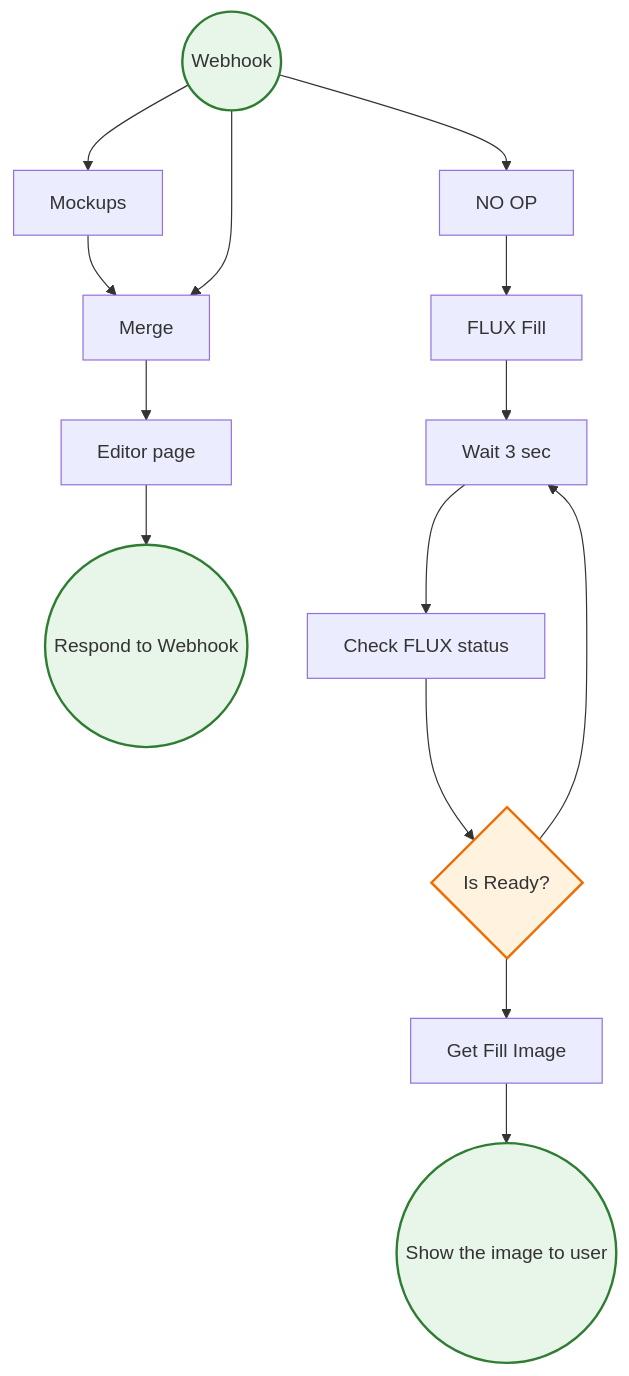
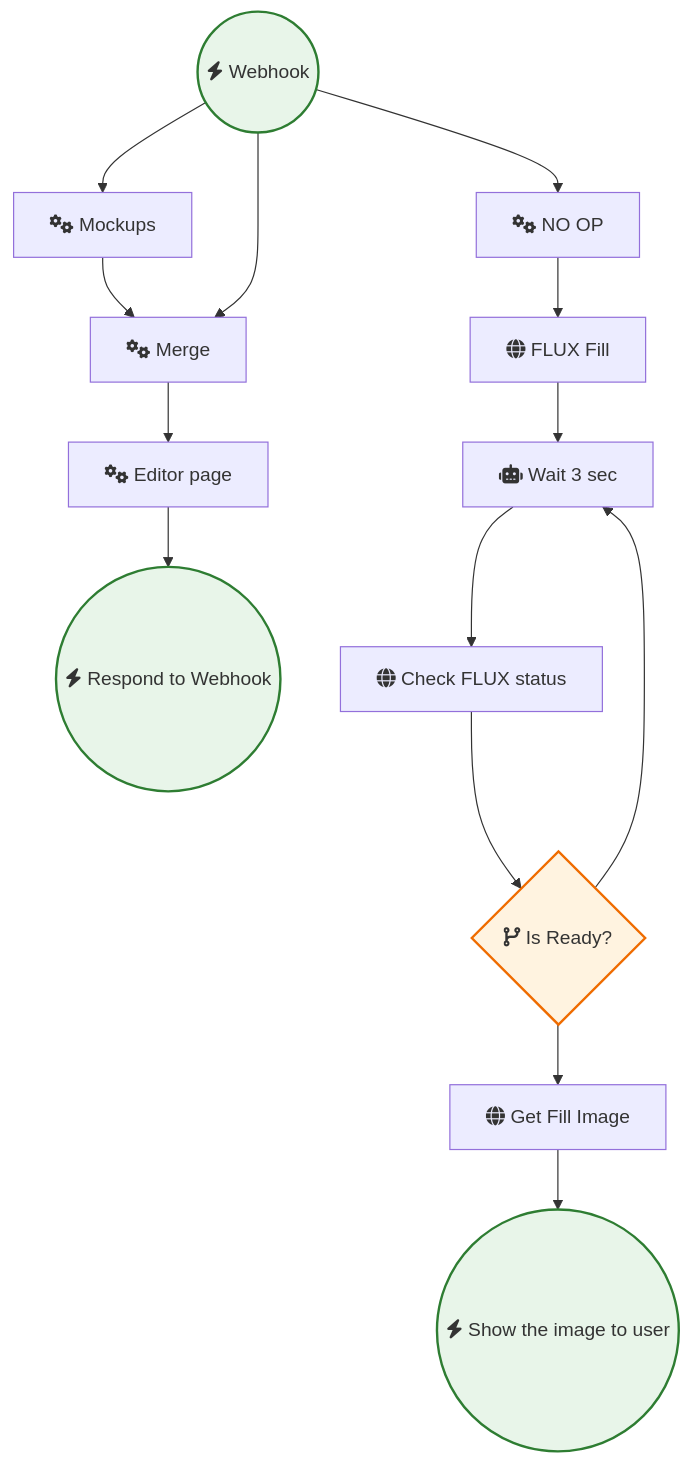
One commit to sreyash3105/N8N-DEMO-AUTOMATIONS changed the diagram in OpenAI_and_LLMs/Flux-fill Standalone.md. Above: the diagram before and after it, drawn with Mermaid. The commit also changed 291 other files, not shown here.

````diff
--- a/OpenAI_and_LLMs/Flux-fill Standalone.md
+++ b/OpenAI_and_LLMs/Flux-fill Standalone.md
@@ -1,33 +1,33 @@
 ```mermaid
 graph TD
     classDef trigger fill:#e8f5e9,stroke:#2e7d32,stroke-width:2px;
     classDef ai fill:#e3f2fd,stroke:#1565c0,stroke-width:2px;
     classDef logic fill:#fff3e0,stroke:#ef6c00,stroke-width:2px;
 
-    Merge["Merge"]
-    Respond_to_Webhook(("Respond to Webhook")):::trigger
-    Wait_3_sec["Wait 3 sec"]
-    Is_Ready_{"Is Ready?"}:::logic
-    FLUX_Fill["FLUX Fill"]
-    Check_FLUX_status["Check FLUX status"]
-    Get_Fill_Image["Get Fill Image"]
-    Show_the_image_to_user(("Show the image to user")):::trigger
-    Mockups["Mockups"]
-    Webhook(("Webhook")):::trigger
-    Editor_page["Editor page"]
-    NO_OP["NO OP"]
+    Merge["fas:fa-cogs Merge"]
+    Respond_to_Webhook(("fas:fa-bolt Respond to Webhook")):::trigger
+    Wait_3_sec["fas:fa-robot Wait 3 sec"]
+    Is_Ready_{"fas:fa-code-branch Is Ready?"}:::logic
+    FLUX_Fill["fas:fa-globe FLUX Fill"]
+    Check_FLUX_status["fas:fa-globe Check FLUX status"]
+    Get_Fill_Image["fas:fa-globe Get Fill Image"]
+    Show_the_image_to_user(("fas:fa-bolt Show the image to user")):::trigger
+    Mockups["fas:fa-cogs Mockups"]
+    Webhook(("fas:fa-bolt Webhook")):::trigger
+    Editor_page["fas:fa-cogs Editor page"]
+    NO_OP["fas:fa-cogs NO OP"]
 
     Merge --> Editor_page
     NO_OP --> FLUX_Fill
     Mockups --> Merge
     Webhook --> Merge
     Webhook --> Mockups
     Webhook --> NO_OP
     FLUX_Fill --> Wait_3_sec
     Is_Ready_ --> Get_Fill_Image
     Is_Ready_ --> Wait_3_sec
     Wait_3_sec --> Check_FLUX_status
     Editor_page --> Respond_to_Webhook
     Get_Fill_Image --> Show_the_image_to_user
     Check_FLUX_status --> Is_Ready_
 ```
````
